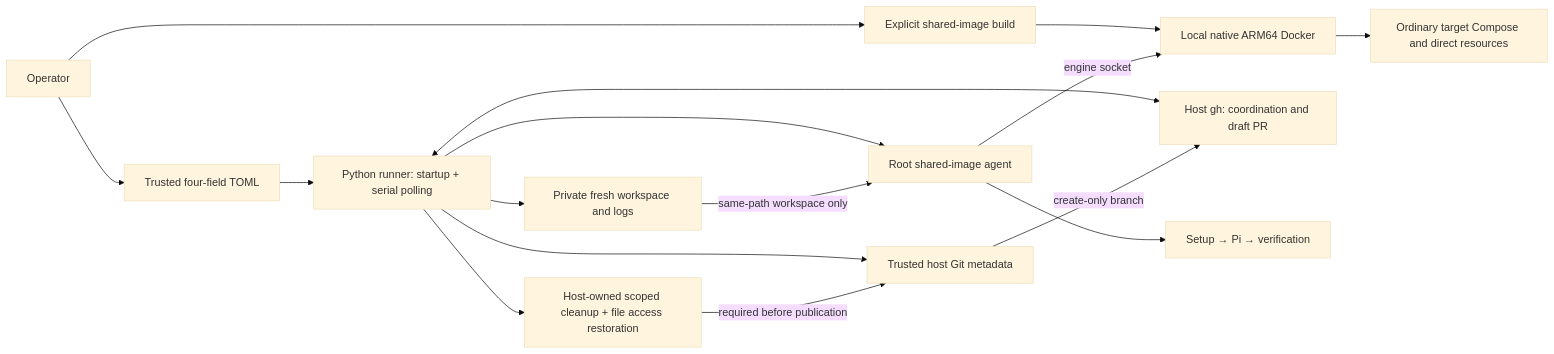
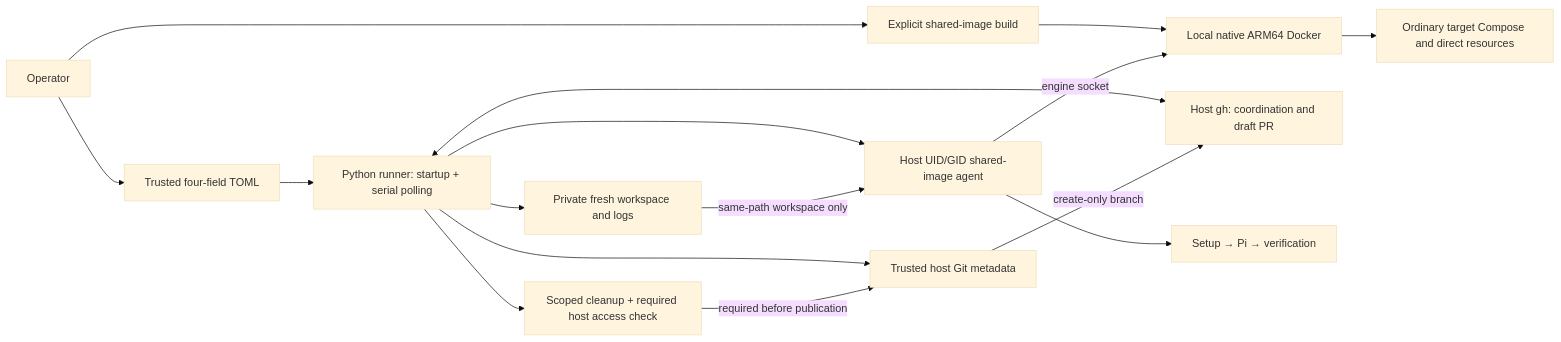
The diagram in docs/architecture/service-architecture.md (TeroTS/software-factory-v2), drawn with Mermaid (base theme) before and after one commit. The commit also changed other lines of this file and 23 other files, not shown here.

Commit message:
Run agent work as host user with explicit sudo elevation

````diff
--- a/docs/architecture/service-architecture.md
+++ b/docs/architecture/service-architecture.md
@@ -17,18 +17,18 @@
 ```mermaid
 flowchart LR
     OP[Operator] --> CONFIG[Trusted four-field TOML]
     OP --> BUILD[Explicit shared-image build]
     BUILD --> ENGINE[Local native ARM64 Docker]
     CONFIG --> RUN[Python runner: startup + serial polling]
     RUN <--> GH[Host gh: coordination and draft PR]
     RUN --> GIT[Trusted host Git metadata]
     RUN --> ART[Private fresh workspace and logs]
-    RUN --> AGENT[Root shared-image agent]
+    RUN --> AGENT[Host UID/GID shared-image agent]
     ART -->|same-path workspace only| AGENT
     AGENT -->|engine socket| ENGINE
     ENGINE --> SERVICES[Ordinary target Compose and direct resources]
     AGENT --> WORK[Setup → Pi → verification]
-    RUN --> CLEAN[Host-owned scoped cleanup + file access restoration]
+    RUN --> CLEAN[Scoped cleanup + required host access check]
     CLEAN -->|required before publication| GIT
     GIT -->|create-only branch| GH
 ```
````
